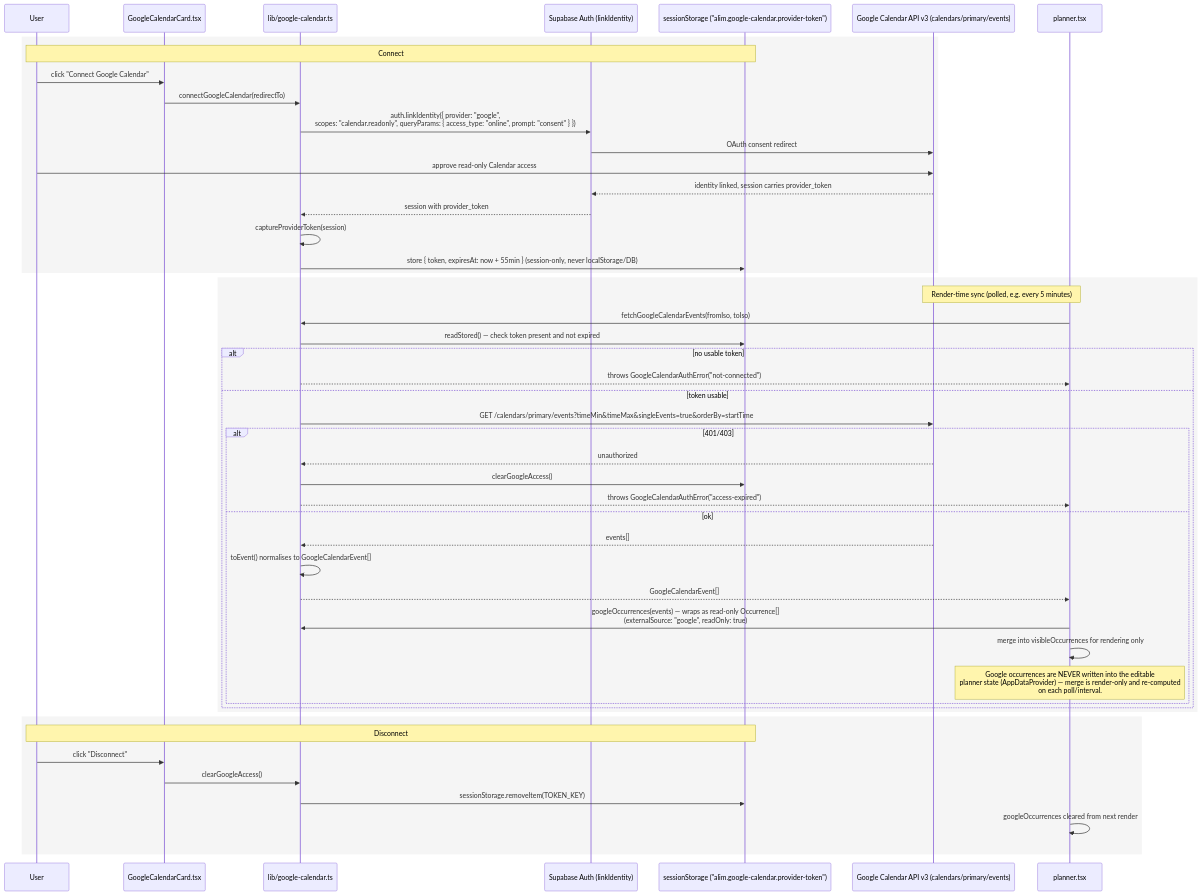
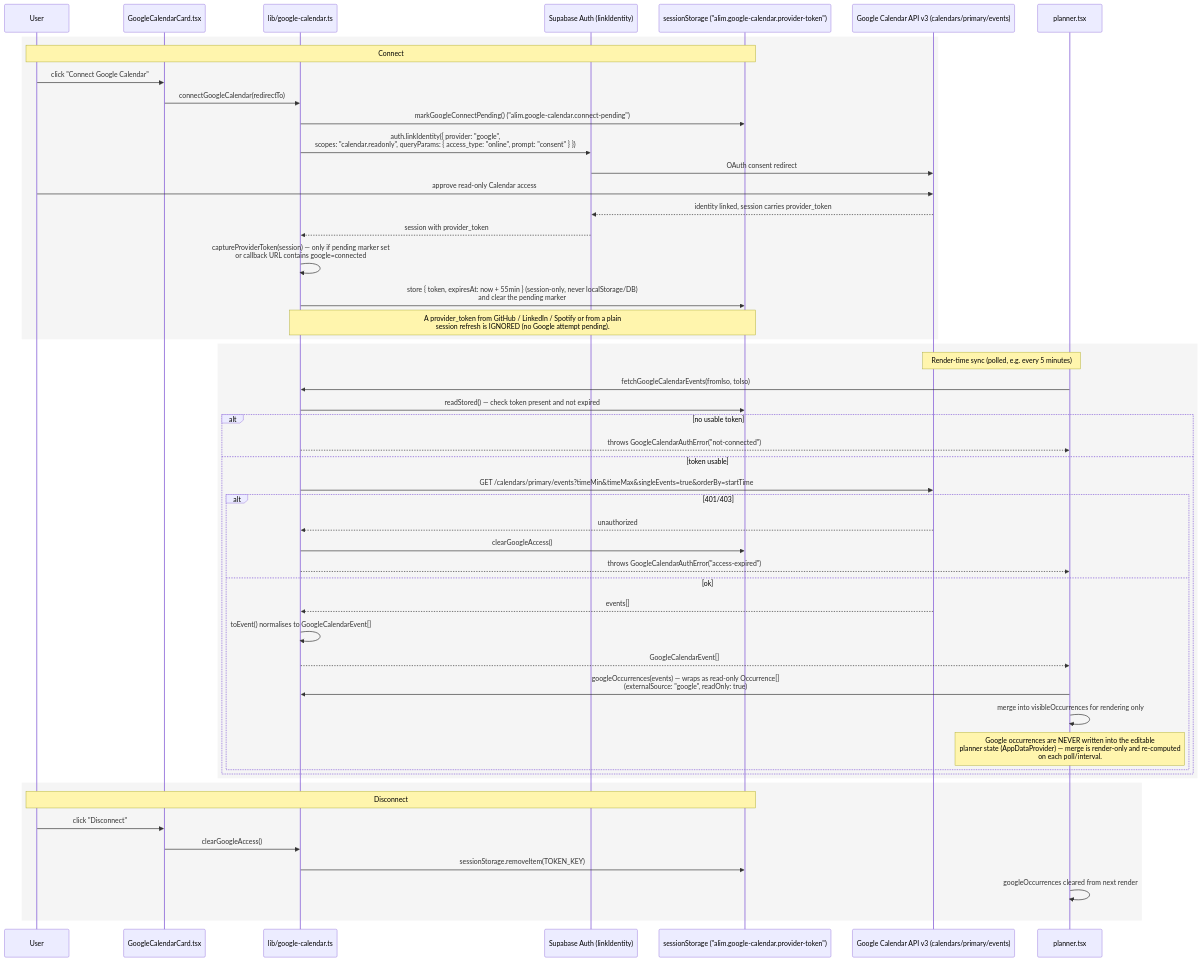
The diagram in lovabledocs/sequences/GOOGLE_CALENDAR_SYNC.mmd (keyshavmor/study-swiss-star), drawn with Mermaid before and after one commit. The commit also changed 15 other files, not shown here.

```diff
--- a/lovabledocs/sequences/GOOGLE_CALENDAR_SYNC.mmd
+++ b/lovabledocs/sequences/GOOGLE_CALENDAR_SYNC.mmd
@@ -1,55 +1,57 @@
 %% Status: CURRENT — FRONTEND / CURRENT — EXTERNAL INTEGRATION
 %% Source: frontend/src/lib/google-calendar.ts, frontend/src/routes/_authenticated/planner.tsx,
 %% frontend/src/components/app/GoogleCalendarCard.tsx
 sequenceDiagram
     participant User
     participant Card as GoogleCalendarCard.tsx
     participant Lib as lib/google-calendar.ts
     participant Supa as Supabase Auth (linkIdentity)
     participant Session as sessionStorage ("alim.google-calendar.provider-token")
     participant Google as Google Calendar API v3 (calendars/primary/events)
     participant Planner as planner.tsx
 
     rect rgb(245,245,245)
     Note over User,Session: Connect
     User->>Card: click "Connect Google Calendar"
     Card->>Lib: connectGoogleCalendar(redirectTo)
+    Lib->>Session: markGoogleConnectPending() ("alim.google-calendar.connect-pending")
     Lib->>Supa: auth.linkIdentity({ provider: "google",<br/>scopes: "calendar.readonly", queryParams: { access_type: "online", prompt: "consent" } })
     Supa->>Google: OAuth consent redirect
     User->>Google: approve read-only Calendar access
     Google-->>Supa: identity linked, session carries provider_token
     Supa-->>Lib: session with provider_token
-    Lib->>Lib: captureProviderToken(session)
-    Lib->>Session: store { token, expiresAt: now + 55min } (session-only, never localStorage/DB)
+    Lib->>Lib: captureProviderToken(session) — only if pending marker set<br/>or callback URL contains google=connected
+    Lib->>Session: store { token, expiresAt: now + 55min } (session-only, never localStorage/DB)<br/>and clear the pending marker
+    Note over Lib,Session: A provider_token from GitHub / LinkedIn / Spotify or from a plain<br/>session refresh is IGNORED (no Google attempt pending).
     end
 
     rect rgb(245,245,245)
     Note over Planner,Google: Render-time sync (polled, e.g. every 5 minutes)
     Planner->>Lib: fetchGoogleCalendarEvents(fromIso, toIso)
     Lib->>Session: readStored() — check token present and not expired
     alt no usable token
         Lib-->>Planner: throws GoogleCalendarAuthError("not-connected")
     else token usable
         Lib->>Google: GET /calendars/primary/events?timeMin&timeMax&singleEvents=true&orderBy=startTime
         alt 401/403
             Google-->>Lib: unauthorized
             Lib->>Session: clearGoogleAccess()
             Lib-->>Planner: throws GoogleCalendarAuthError("access-expired")
         else ok
             Google-->>Lib: events[]
             Lib->>Lib: toEvent() normalises to GoogleCalendarEvent[]
             Lib-->>Planner: GoogleCalendarEvent[]
             Planner->>Lib: googleOccurrences(events) — wraps as read-only Occurrence[]<br/>(externalSource: "google", readOnly: true)
             Planner->>Planner: merge into visibleOccurrences for rendering only
             Note over Planner: Google occurrences are NEVER written into the editable<br/>planner state (AppDataProvider) — merge is render-only and re-computed<br/>on each poll/interval.
         end
     end
     end
 
     rect rgb(245,245,245)
     Note over User,Session: Disconnect
     User->>Card: click "Disconnect"
     Card->>Lib: clearGoogleAccess()
     Lib->>Session: sessionStorage.removeItem(TOKEN_KEY)
     Planner->>Planner: googleOccurrences cleared from next render
     end
```
